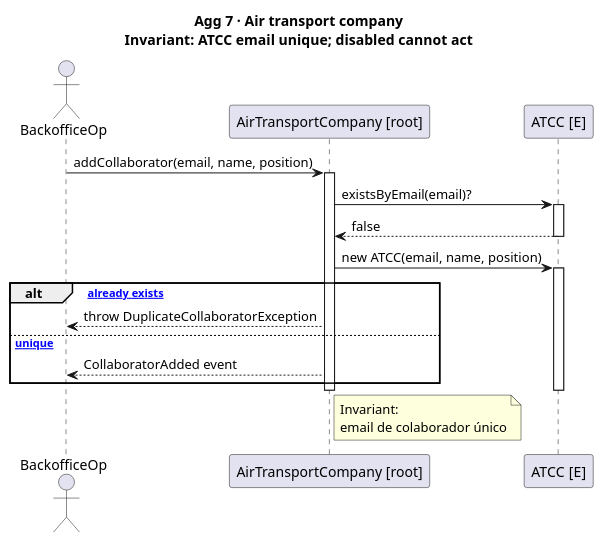
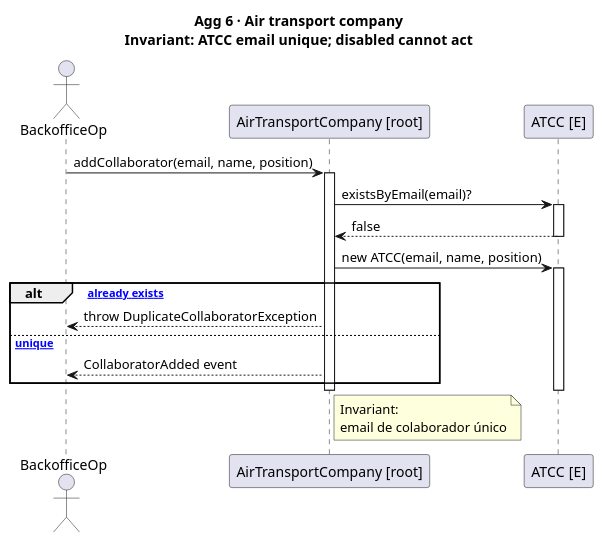
The diagram in docs/Agg06.puml (DuartePinto1240/sem4pi2526-sem4pi2526_2da2), drawn with PlantUML before and after one commit. The commit also changed 6 other files, not shown here.

```diff
--- a/docs/Agg06.puml
+++ b/docs/Agg06.puml
@@ -1,33 +1,33 @@
-@startuml US011_Agg07_AirTransportCompany
-title Agg 7 · Air transport company\nInvariant: ATCC email unique; disabled cannot act
+@startuml US011_Agg06_AirTransportCompany
+title Agg 6 · Air transport company\nInvariant: ATCC email unique; disabled cannot act
 
 actor "BackofficeOp" as Op
 participant "AirTransportCompany [root]" as ATC
 participant "ATCC [E]" as ATCC
 
 Op -> ATC : addCollaborator(email, name, position)
 activate ATC
 
 ATC -> ATCC : existsByEmail(email)?
 activate ATCC
 ATCC --> ATC : false
 deactivate ATCC
 
 ATC -> ATCC : new ATCC(email, name, position)
 activate ATCC
 
 alt [email already exists]
     ATC --> Op : throw DuplicateCollaboratorException
 else [email unique]
     ATC --> Op : CollaboratorAdded event
 end
 
 deactivate ATCC
 deactivate ATC
 
 note right of ATC
   Invariant:
   email de colaborador único
 end note
 
 @enduml
```
